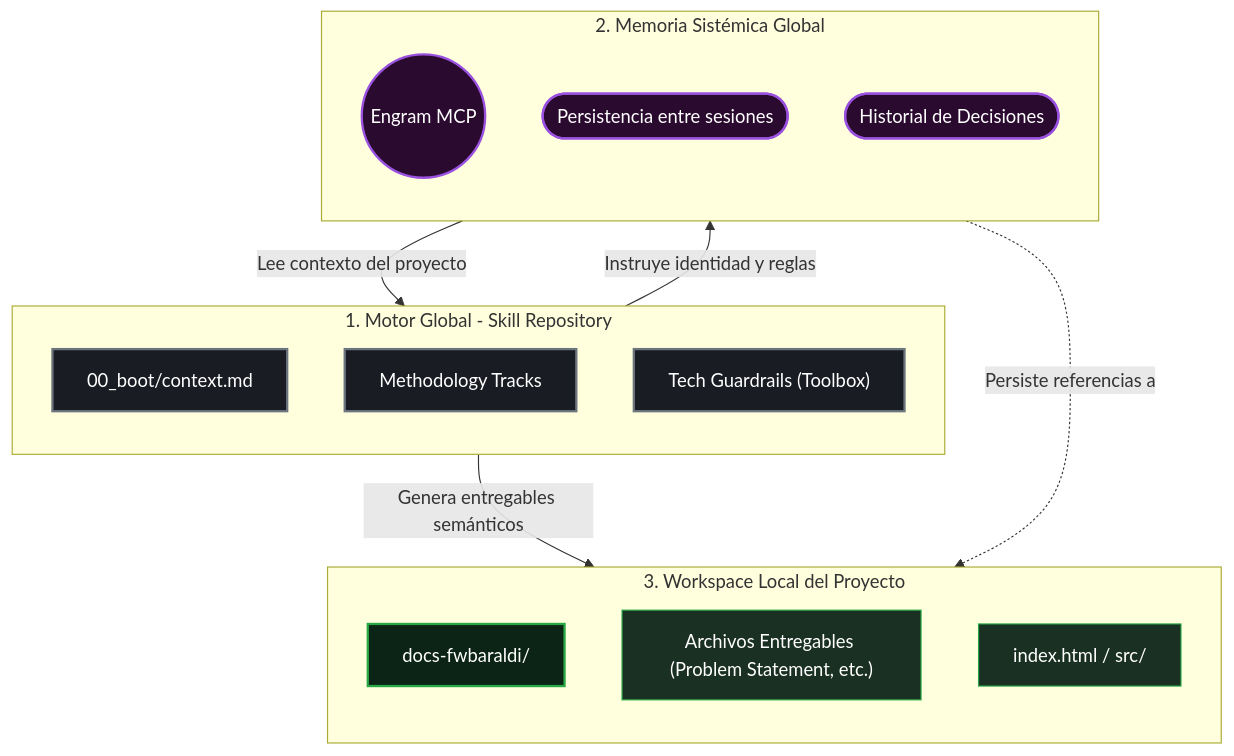
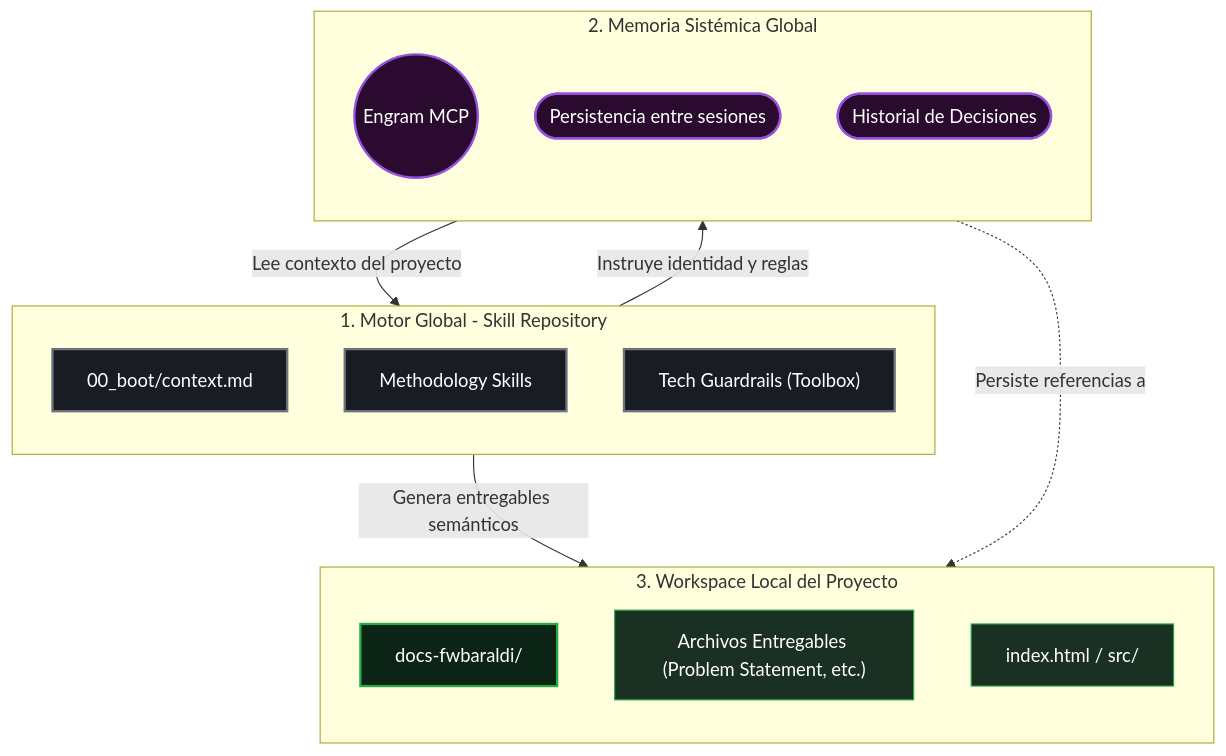
One commit to leobaraldi96/fwbaraldi changed the first of 2 diagrams in ARQUITECTURA_CORE.md. Above: the diagram before and after it, drawn with Mermaid. The commit also changed other lines of this file and 46 other files, not shown here.

````diff
--- a/ARQUITECTURA_CORE.md
+++ b/ARQUITECTURA_CORE.md
@@ -30,37 +30,37 @@
 ```mermaid
 flowchart TD
     %% Nodos Principales
     subgraph Motor["1. Motor Global - Skill Repository"]
         direction TB
         A["00_boot/context.md"]:::skill
-        B["Methodology Tracks"]:::skill
+        B["Methodology Skills"]:::skill
         C["Tech Guardrails (Toolbox)"]:::skill
     end
 
     subgraph Cerebro["2. Memoria Sistémica Global"]
         direction TB
         D((Engram MCP)):::engram
         D1(["Persistencia entre sesiones"]):::engram
         D2(["Historial de Decisiones"]):::engram
     end
 
     subgraph Workspace["3. Workspace Local del Proyecto"]
         direction TB
         E["docs-fwbaraldi/"]:::localfolder
         F["Archivos Entregables (Problem Statement, etc.)"]:::localfile
         G["index.html / src/"]:::localfile
     end
 
     %% Relaciones
     Motor -- "Instruye identidad y reglas" --> Cerebro
     Cerebro -- "Lee contexto del proyecto" --> Motor
     
     Motor -- "Genera entregables semánticos" --> Workspace
     Cerebro -. "Persiste referencias a" .-> Workspace
 
     %% Estilos de Nivel
     classDef skill fill:#1a1c23,stroke:#6c757d,stroke-width:2px,color:#fff
     classDef engram fill:#2a0a2f,stroke:#9b51e0,stroke-width:2px,color:#fff
     classDef localfolder fill:#0c2415,stroke:#28a745,stroke-width:2px,color:#fff
     classDef localfile fill:#1a3022,stroke:#28a745,stroke-width:1px,color:#fff
 ```
````
